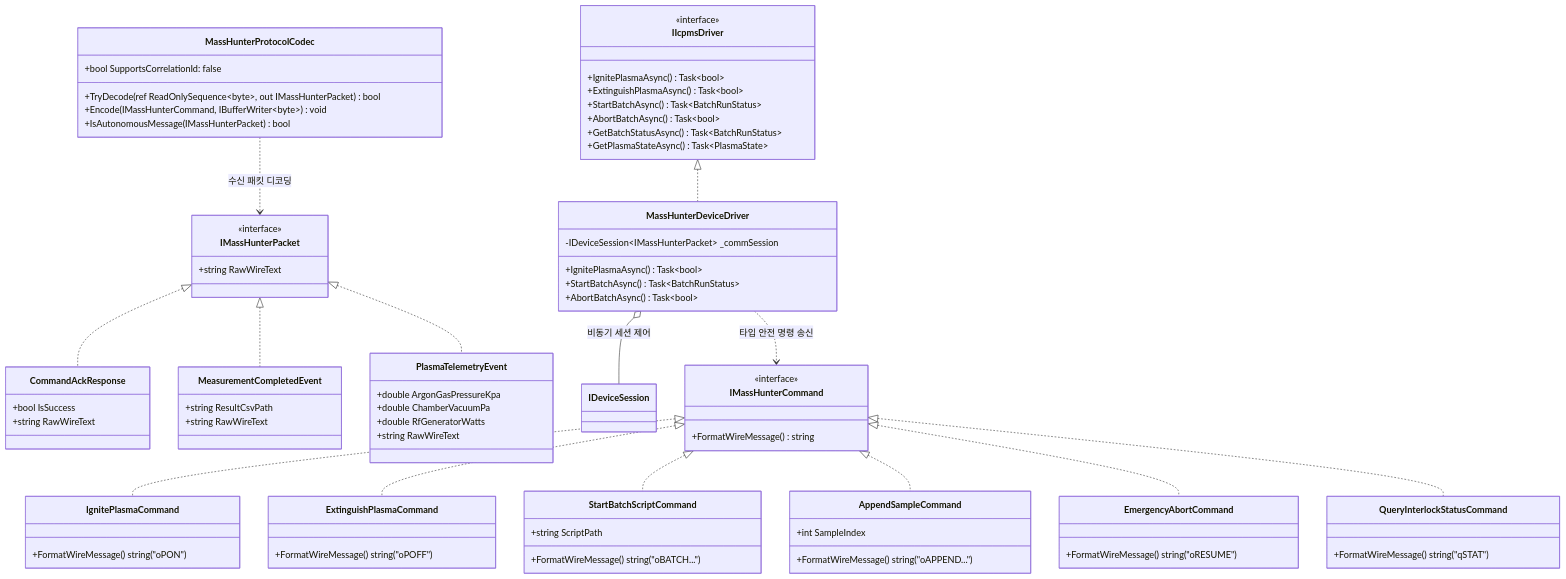
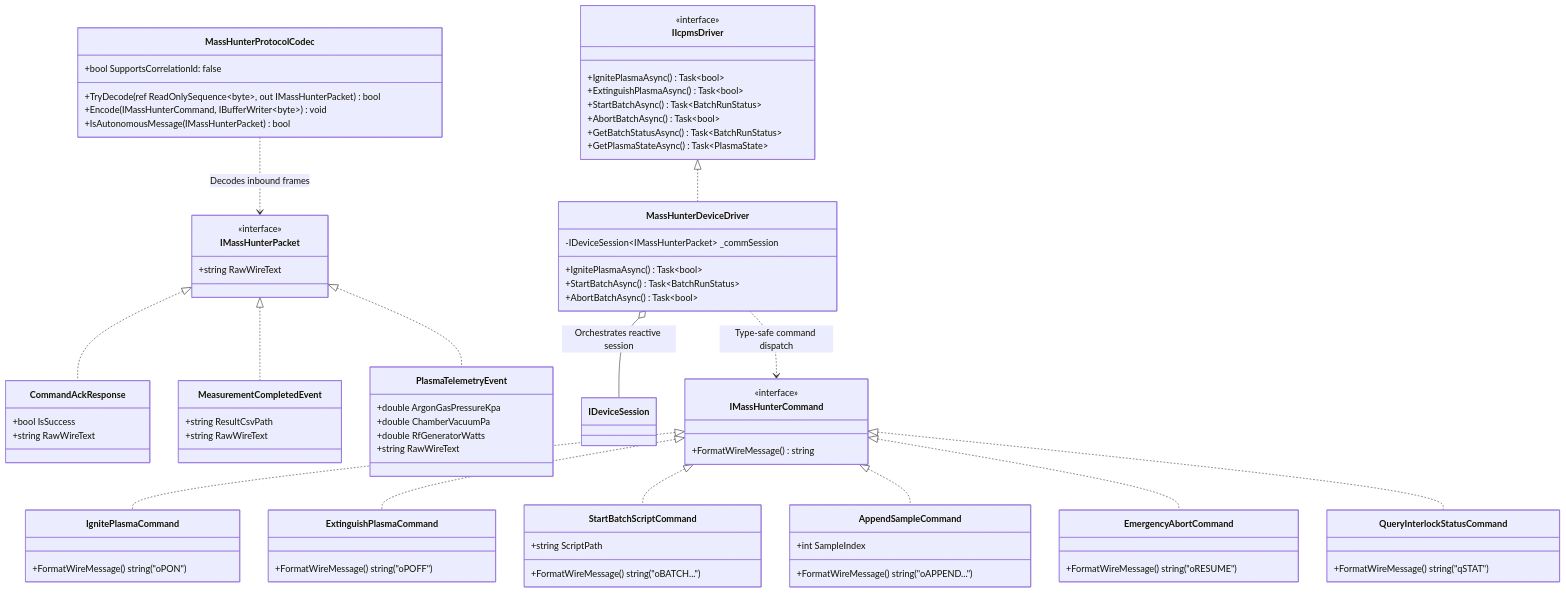
The first of 3 diagrams in docs/05_ICP_MS_CASE_STUDY/03_AGILENT_ARCHITECTURE_DESIGN.md (jaon13/Kable), drawn with Mermaid before and after one commit. The commit also changed other lines of this file and 21 other files, not shown here.

Commit message:
docs: standardize all project specifications, architecture documents, and QA master plans to professional English

````diff
--- a/docs/05_ICP_MS_CASE_STUDY/03_AGILENT_ARCHITECTURE_DESIGN.md
+++ b/docs/05_ICP_MS_CASE_STUDY/03_AGILENT_ARCHITECTURE_DESIGN.md
@@ -118,7 +116,7 @@
     }
 
     IIcpmsDriver <|.. MassHunterDeviceDriver
-    MassHunterDeviceDriver o-- IDeviceSession : 비동기 세션 제어
-    MassHunterDeviceDriver ..> IMassHunterCommand : 타입 안전 명령 송신
-    MassHunterProtocolCodec ..> IMassHunterPacket : 수신 패킷 디코딩
+    MassHunterDeviceDriver o-- IDeviceSession : Orchestrates reactive session
+    MassHunterDeviceDriver ..> IMassHunterCommand : Type-safe command dispatch
+    MassHunterProtocolCodec ..> IMassHunterPacket : Decodes inbound frames
 ```
````
